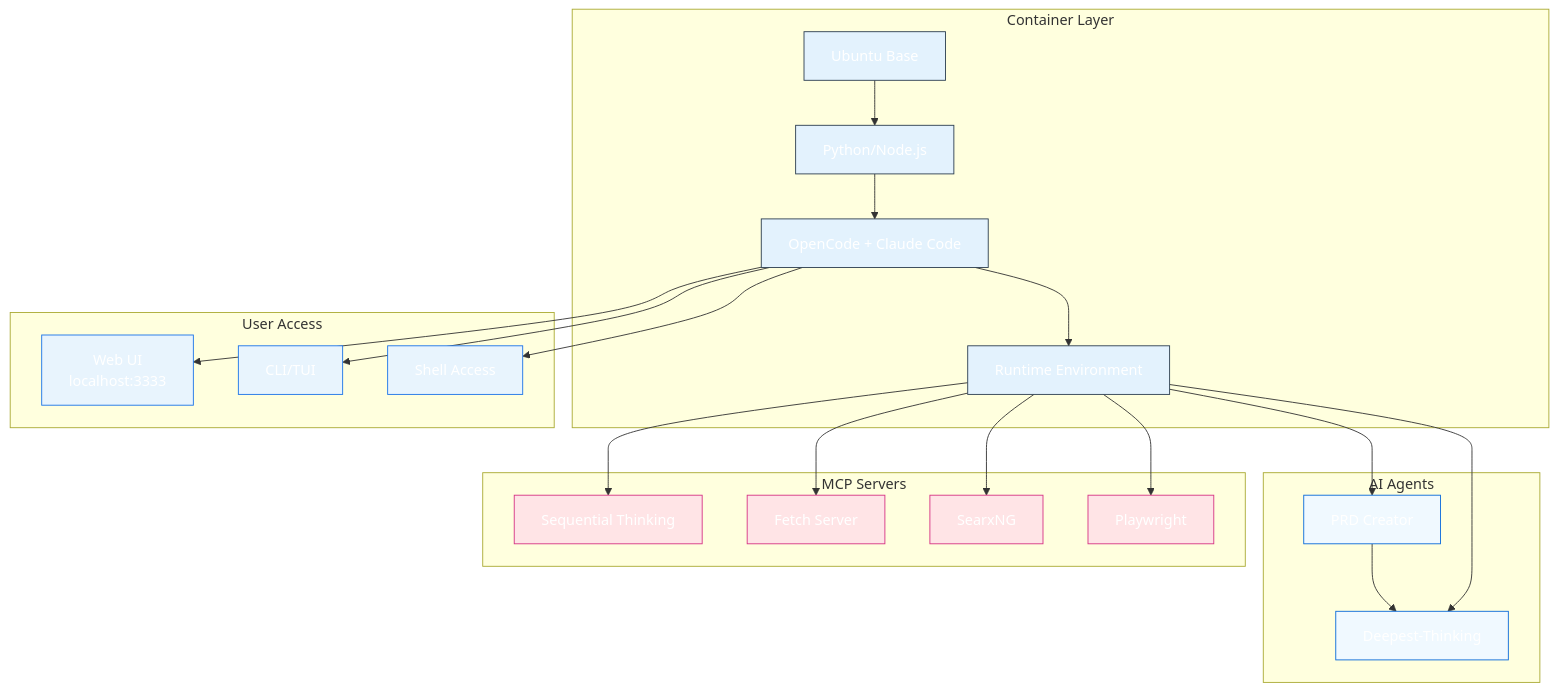
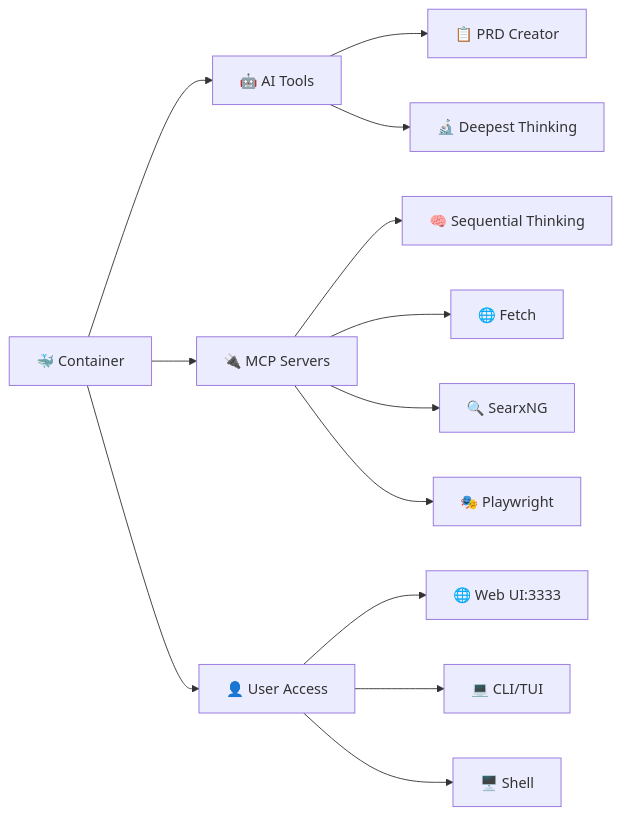
Before and after one commit to SamAcctX/jeeves: the diagram in README.md, drawn with Mermaid.

Commit message:
chore: Another diagram update

````diff
--- a/README.md
+++ b/README.md
@@ -74,49 +74,18 @@
 ```mermaid
-graph TB
-    %% Jeeves Architecture
-    subgraph Container["Container Layer"]
-        A[Ubuntu Base] --> B[Python/Node.js]
-        B --> C[OpenCode + Claude Code]
-        C --> D[Runtime Environment]
-    end
-
-    subgraph Agents["AI Agents"]
-        E[PRD Creator] --> F[Deepest-Thinking]
-    end
-
-    subgraph MCP["MCP Servers"]
-        G[Sequential Thinking]
-        H[Fetch Server]
-        I[SearxNG]
-        J[Playwright]
-    end
-
-    subgraph Access["User Access"]
-        K[Web UI<br/>localhost:3333]
-        L[CLI/TUI]
-        M[Shell Access]
-    end
-
-    %% Main connections
-    D --> E
-    D --> F
-    D --> G
-    D --> H
-    D --> I
-    D --> J
-
-    C --> K
-    C --> L
-    C --> M
-
-    %% Styling
-    classDef container fill:#e3f2fd,stroke:#2c3e50,color:#fff
-    classDef agents fill:#f0f9ff,stroke:#0969da,color:#fff  
-    classDef mcp fill:#ffe4e6,stroke:#d63384,color:#fff
-    classDef access fill:#e8f4fd,stroke:#1a73e8,color:#fff
-
-    class A,B,C,D container
-    class E,F agents
-    class G,H,I,J mcp
-    class K,L,M access
+graph LR
+    A[🐳 Container] --> B[🤖 AI Tools]
+    A --> C[🔌 MCP Servers]
+    A --> D[👤 User Access]
+    
+    B --> B1[📋 PRD Creator]
+    B --> B2[🔬 Deepest Thinking]
+    
+    C --> C1[🧠 Sequential Thinking]
+    C --> C2[🌐 Fetch]
+    C --> C3[🔍 SearxNG]
+    C --> C4[🎭 Playwright]
+    
+    D --> D1[🌐 Web UI:3333]
+    D --> D2[💻 CLI/TUI]
+    D --> D3[🖥️ Shell]
 ```
````
